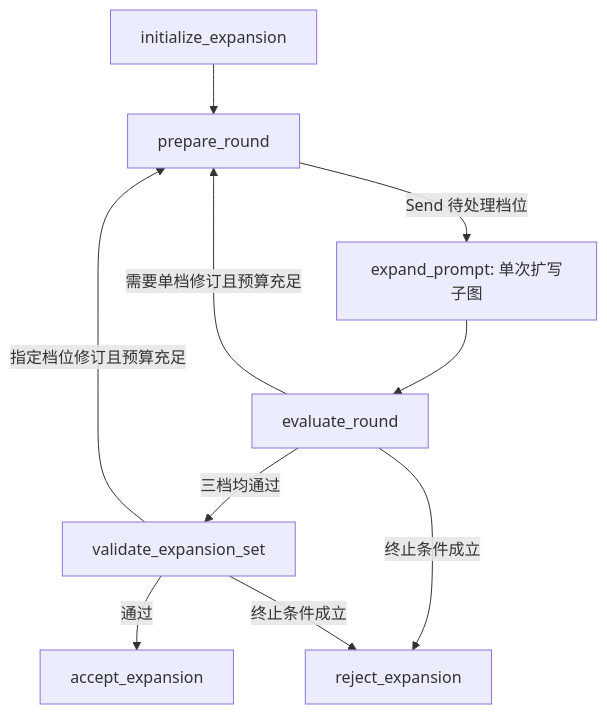
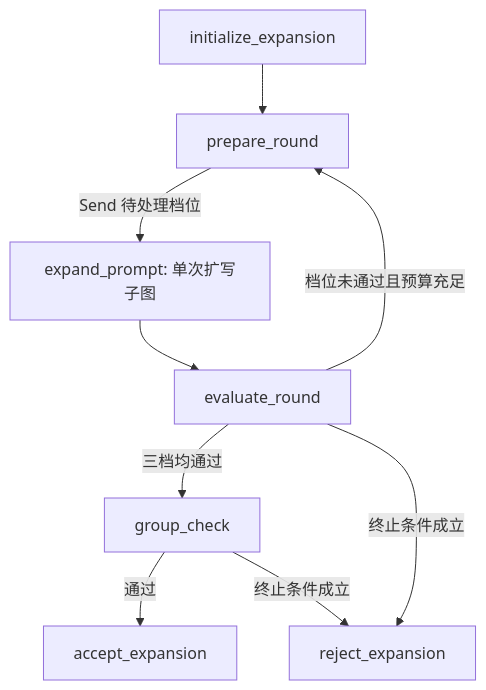
Before and after one commit to ChenYizhu97/PairData: the second of 4 diagrams in docs/workflows.md, drawn with Mermaid. The commit also changed other lines of this file and 26 other files, not shown here.

````diff
--- a/docs/workflows.md
+++ b/docs/workflows.md
@@ -45,12 +45,11 @@
 ```mermaid
 flowchart TD
     A[initialize_expansion] --> B[prepare_round]
     B -->|Send 待处理档位| C[expand_prompt: 单次扩写子图]
     C --> D[evaluate_round]
-    D -->|需要单档修订且预算充足| B
-    D -->|三档均通过| E[validate_expansion_set]
+    D -->|档位未通过且预算充足| B
+    D -->|三档均通过| E[group_check]
     D -->|终止条件成立| R[reject_expansion]
-    E -->|指定档位修订且预算充足| B
     E -->|通过| P[accept_expansion]
     E -->|终止条件成立| R
 ```
````
